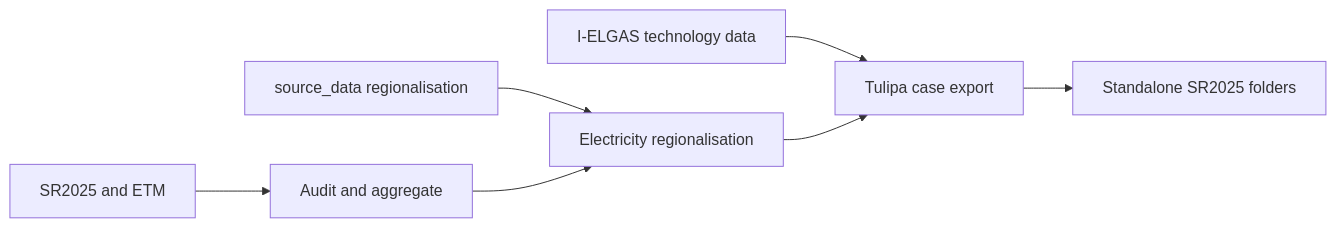
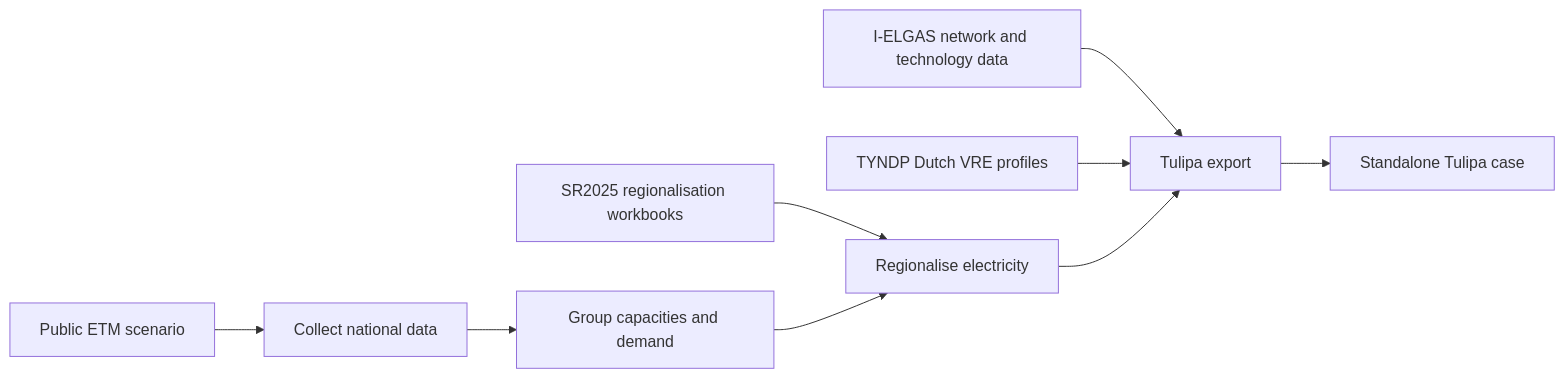
The diagram in docs/pipeline_architecture.md (Sanblom/SR2025-to-Tulipa), drawn with Mermaid before and after one commit. The commit also changed other lines of this file and 31 other files, not shown here.

````diff
--- a/docs/pipeline_architecture.md
+++ b/docs/pipeline_architecture.md
@@ -13,8 +7,11 @@
 ```mermaid
 flowchart LR
-    SR[SR2025 and ETM] --> A[Audit and aggregate]
-    R[source_data regionalisation] --> B[Electricity regionalisation]
-    I[I-ELGAS technology data] --> C[Tulipa case export]
-    A --> B --> C
-    C --> O[Standalone SR2025 folders]
+    E[Public ETM scenario] --> C[Collect national data]
+    S[SR2025 regionalisation workbooks] --> R[Regionalise electricity]
+    I[I-ELGAS network and technology data] --> X[Tulipa export]
+    T[TYNDP Dutch VRE profiles] --> X
+    C --> P[Group capacities and demand]
+    P --> R
+    R --> X
+    X --> O[Standalone Tulipa case]
 ```
````
